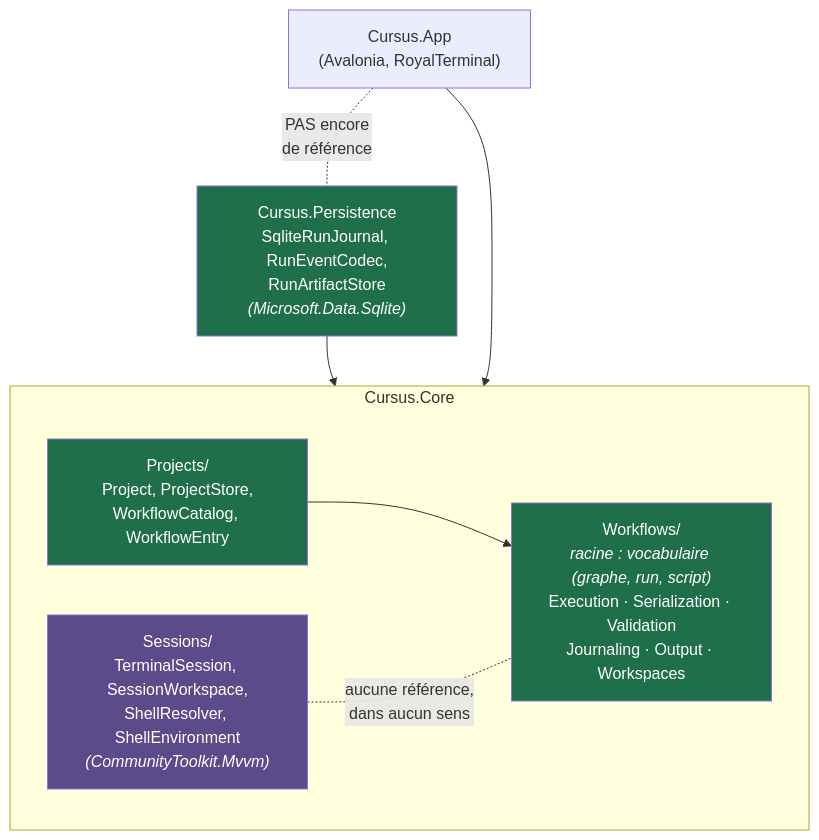
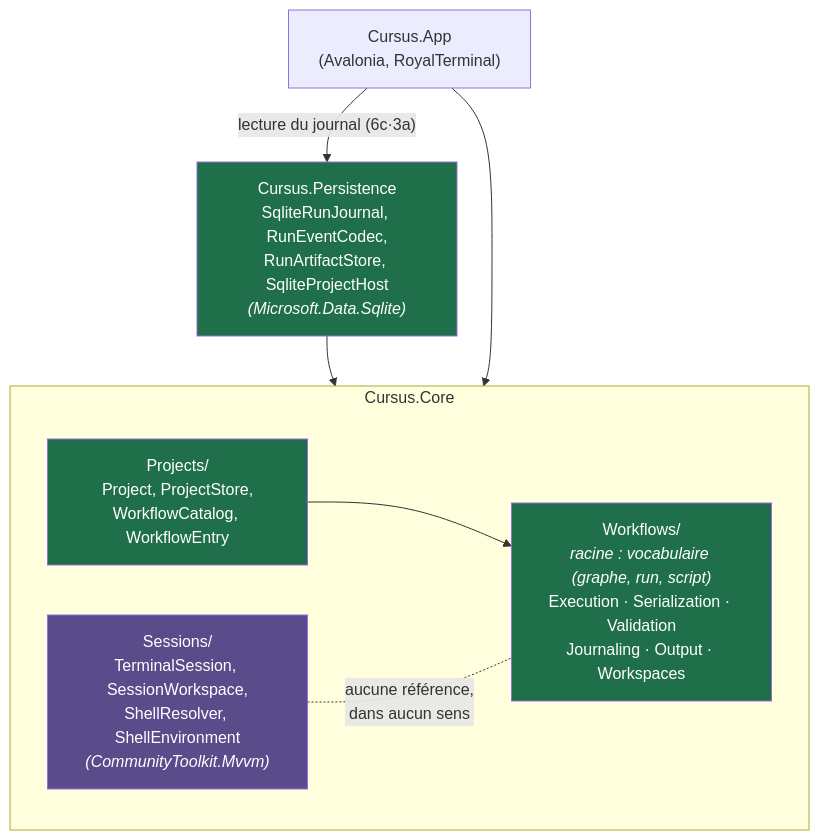
Before and after one commit to Apemb/Cursus: the first of 4 diagrams in docs/design/architecture.md, drawn with Mermaid. The commit also changed other lines of this file, not shown here.

````diff
--- a/docs/design/architecture.md
+++ b/docs/design/architecture.md
@@ -53,18 +53,18 @@
 ```mermaid
 graph TD
     subgraph CoreLib["Cursus.Core"]
         Sessions["Sessions/<br/>TerminalSession, SessionWorkspace,<br/>ShellResolver, ShellEnvironment<br/><i>(CommunityToolkit.Mvvm)</i>"]
         Workflows["Workflows/<br/><i>racine : vocabulaire (graphe, run, script)</i><br/>Execution · Serialization · Validation<br/>Journaling · Output · Workspaces"]
         Projects["Projects/<br/>Project, ProjectStore,<br/>WorkflowCatalog, WorkflowEntry"]
     end
     Projects --> Workflows
-    Persistence["Cursus.Persistence<br/>SqliteRunJournal, RunEventCodec,<br/>RunArtifactStore<br/><i>(Microsoft.Data.Sqlite)</i>"] --> CoreLib
+    Persistence["Cursus.Persistence<br/>SqliteRunJournal, RunEventCodec,<br/>RunArtifactStore, SqliteProjectHost<br/><i>(Microsoft.Data.Sqlite)</i>"] --> CoreLib
     App["Cursus.App<br/>(Avalonia, RoyalTerminal)"] --> CoreLib
-    App -. "PAS encore<br/>de référence" .- Persistence
+    App -- "lecture du journal (6c·3a)" --> Persistence
     Sessions -. "aucune référence,<br/>dans aucun sens" .- Workflows
 
     style Workflows fill:#1f6f4a,color:#fff
     style Projects fill:#1f6f4a,color:#fff
     style Persistence fill:#1f6f4a,color:#fff
     style Sessions fill:#5a4b8a,color:#fff
 ```
````
